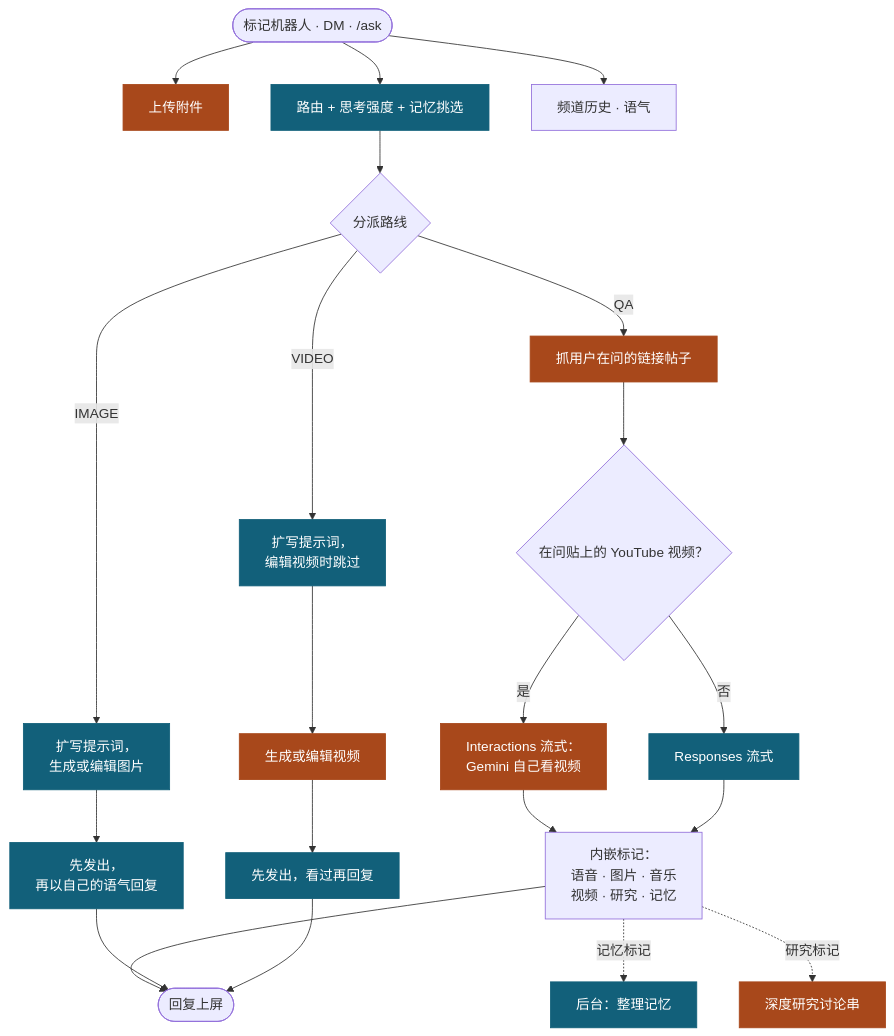
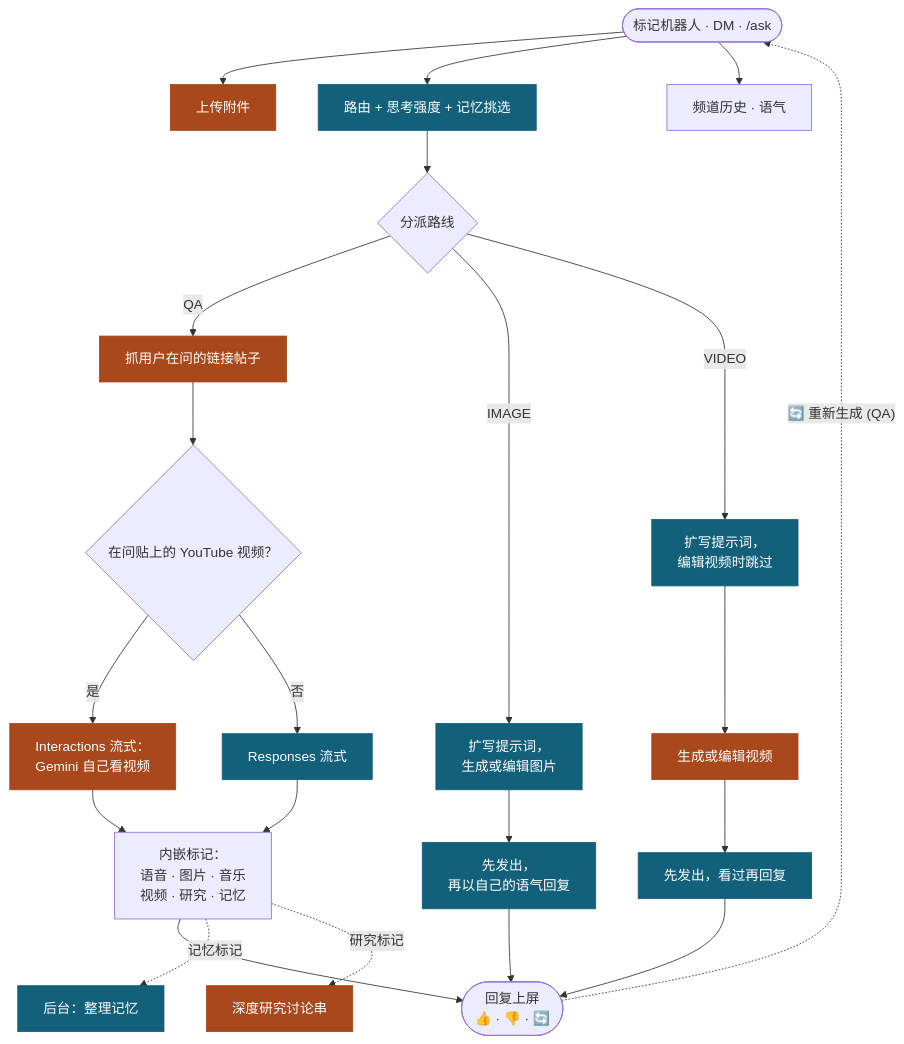
The diagram in README.zh-CN.md (Mai0313/discordbot), drawn with Mermaid before and after one commit. The commit also changed other lines of this file and 4 other files, not shown here.

Commit message:
docs: document reply feedback, blind test, and regeneration flow

````diff
--- a/README.zh-CN.md
+++ b/README.zh-CN.md
@@ -29,31 +29,32 @@
 ```mermaid
 flowchart TD
     U(["标记机器人 · DM · /ask"]) --> UP & RT & CX
 
     UP["上传附件"]
     RT["路由 + 思考强度 + 记忆挑选"]
     CX["频道历史 · 语气"]
 
     RT --> R{"分派路线"}
 
     R -->|QA| LF["抓用户在问的链接帖子"]
     LF --> Y{"在问贴上的 YouTube 视频？"}
     Y -->|是| YT["Interactions 流式：<br/>Gemini 自己看视频"]
     Y -->|否| QS["Responses 流式"]
     YT & QS --> Q2["内嵌标记：<br/>语音 · 图片 · 音乐<br/>视频 · 研究 · 记忆"]
 
     R -->|IMAGE| I1["扩写提示词，<br/>生成或编辑图片"]
     I1 --> I2["先发出，<br/>再以自己的语气回复"]
     R -->|VIDEO| V1["扩写提示词，<br/>编辑视频时跳过"]
     V1 --> V2["生成或编辑视频"]
     V2 --> V3["先发出，看过再回复"]
 
-    Q2 & I2 & V3 --> OUT(["回复上屏"])
+    Q2 & I2 & V3 --> OUT(["回复上屏<br/>👍 · 👎 · 🔄"])
     Q2 -.->|"记忆标记"| MM["后台：整理记忆"]
     Q2 -.->|"研究标记"| DR["深度研究讨论串"]
+    OUT -.->|"🔄 重新生成 (QA)"| U
 
     classDef proxy fill:#12607a,stroke:#12607a,color:#ffffff
     classDef direct fill:#a8481b,stroke:#a8481b,color:#ffffff
     class RT,QS,I1,I2,V1,V3,MM proxy
     class UP,LF,YT,V2,DR direct
 ```
````
